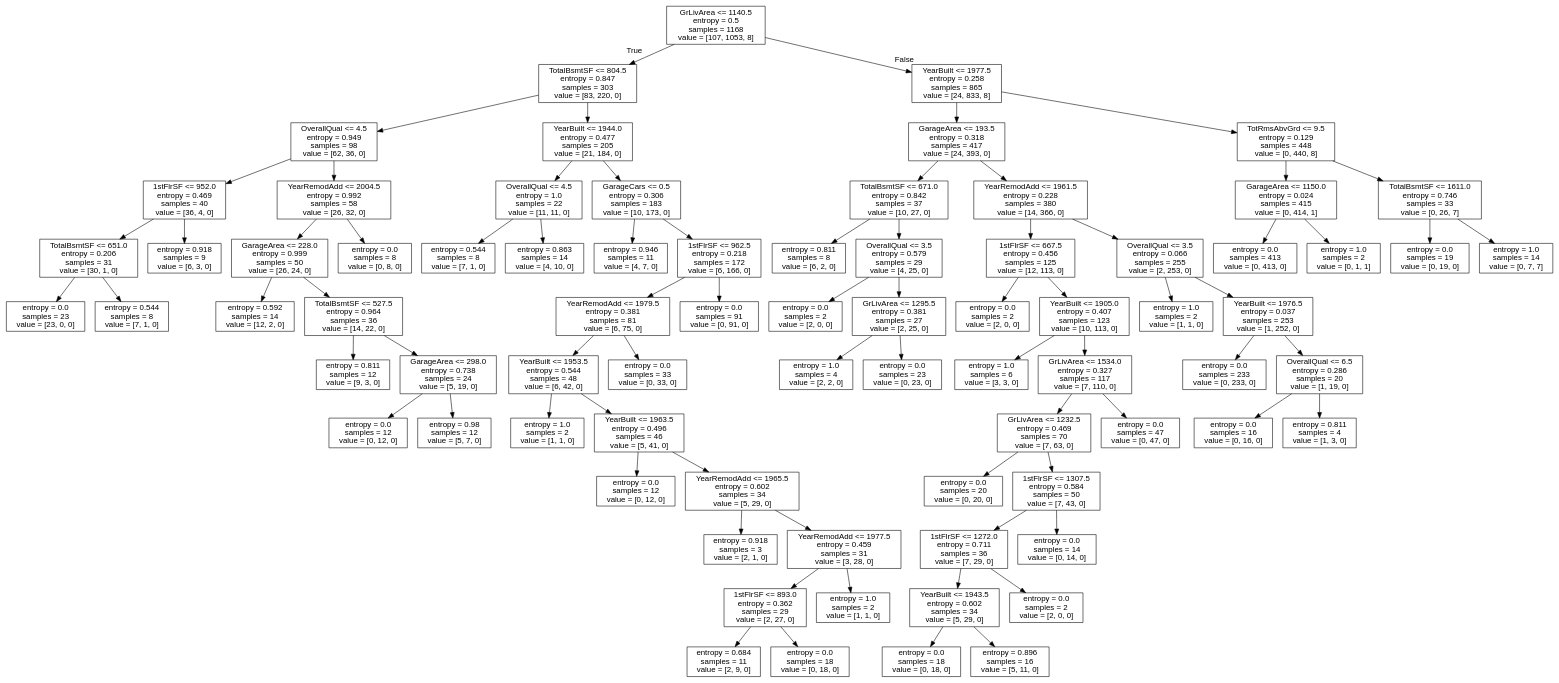
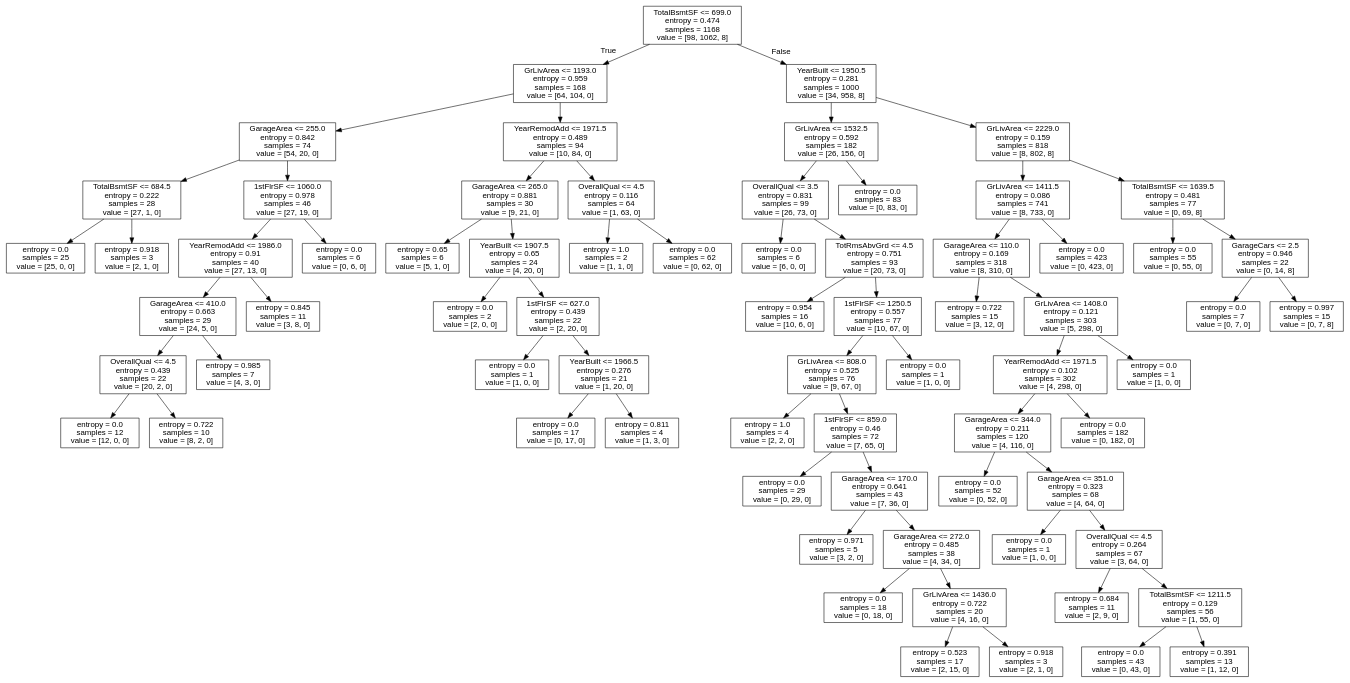
The diagram in out/tree_dc.dot (genomorro/unir), drawn with Graphviz before and after one commit. The commit also changed 2 other files, not shown here.

```diff
--- a/out/tree_dc.dot
+++ b/out/tree_dc.dot
@@ -1,157 +1,145 @@
 digraph Tree {
 node [shape=box, fontname="helvetica"] ;
 edge [fontname="helvetica"] ;
-0 [label="GrLivArea <= 1140.5\nentropy = 0.5\nsamples = 1168\nvalue = [107, 1053, 8]"] ;
-1 [label="TotalBsmtSF <= 804.5\nentropy = 0.847\nsamples = 303\nvalue = [83, 220, 0]"] ;
+0 [label="TotalBsmtSF <= 699.0\nentropy = 0.474\nsamples = 1168\nvalue = [98, 1062, 8]"] ;
+1 [label="GrLivArea <= 1193.0\nentropy = 0.959\nsamples = 168\nvalue = [64, 104, 0]"] ;
 0 -> 1 [labeldistance=2.5, labelangle=45, headlabel="True"] ;
-2 [label="OverallQual <= 4.5\nentropy = 0.949\nsamples = 98\nvalue = [62, 36, 0]"] ;
+2 [label="GarageArea <= 255.0\nentropy = 0.842\nsamples = 74\nvalue = [54, 20, 0]"] ;
 1 -> 2 ;
-3 [label="1stFlrSF <= 952.0\nentropy = 0.469\nsamples = 40\nvalue = [36, 4, 0]"] ;
+3 [label="TotalBsmtSF <= 684.5\nentropy = 0.222\nsamples = 28\nvalue = [27, 1, 0]"] ;
 2 -> 3 ;
-4 [label="TotalBsmtSF <= 651.0\nentropy = 0.206\nsamples = 31\nvalue = [30, 1, 0]"] ;
+4 [label="entropy = 0.0\nsamples = 25\nvalue = [25, 0, 0]"] ;
 3 -> 4 ;
-5 [label="entropy = 0.0\nsamples = 23\nvalue = [23, 0, 0]"] ;
-4 -> 5 ;
-6 [label="entropy = 0.544\nsamples = 8\nvalue = [7, 1, 0]"] ;
-4 -> 6 ;
-7 [label="entropy = 0.918\nsamples = 9\nvalue = [6, 3, 0]"] ;
-3 -> 7 ;
-8 [label="YearRemodAdd <= 2004.5\nentropy = 0.992\nsamples = 58\nvalue = [26, 32, 0]"] ;
-2 -> 8 ;
-9 [label="GarageArea <= 228.0\nentropy = 0.999\nsamples = 50\nvalue = [26, 24, 0]"] ;
+5 [label="entropy = 0.918\nsamples = 3\nvalue = [2, 1, 0]"] ;
+3 -> 5 ;
+6 [label="1stFlrSF <= 1060.0\nentropy = 0.978\nsamples = 46\nvalue = [27, 19, 0]"] ;
+2 -> 6 ;
+7 [label="YearRemodAdd <= 1986.0\nentropy = 0.91\nsamples = 40\nvalue = [27, 13, 0]"] ;
+6 -> 7 ;
+8 [label="GarageArea <= 410.0\nentropy = 0.663\nsamples = 29\nvalue = [24, 5, 0]"] ;
+7 -> 8 ;
+9 [label="OverallQual <= 4.5\nentropy = 0.439\nsamples = 22\nvalue = [20, 2, 0]"] ;
 8 -> 9 ;
-10 [label="entropy = 0.592\nsamples = 14\nvalue = [12, 2, 0]"] ;
+10 [label="entropy = 0.0\nsamples = 12\nvalue = [12, 0, 0]"] ;
 9 -> 10 ;
-11 [label="TotalBsmtSF <= 527.5\nentropy = 0.964\nsamples = 36\nvalue = [14, 22, 0]"] ;
+11 [label="entropy = 0.722\nsamples = 10\nvalue = [8, 2, 0]"] ;
 9 -> 11 ;
-12 [label="entropy = 0.811\nsamples = 12\nvalue = [9, 3, 0]"] ;
-11 -> 12 ;
-13 [label="GarageArea <= 298.0\nentropy = 0.738\nsamples = 24\nvalue = [5, 19, 0]"] ;
-11 -> 13 ;
-14 [label="entropy = 0.0\nsamples = 12\nvalue = [0, 12, 0]"] ;
-13 -> 14 ;
-15 [label="entropy = 0.98\nsamples = 12\nvalue = [5, 7, 0]"] ;
-13 -> 15 ;
-16 [label="entropy = 0.0\nsamples = 8\nvalue = [0, 8, 0]"] ;
-8 -> 16 ;
-17 [label="YearBuilt <= 1944.0\nentropy = 0.477\nsamples = 205\nvalue = [21, 184, 0]"] ;
-1 -> 17 ;
-18 [label="OverallQual <= 4.5\nentropy = 1.0\nsamples = 22\nvalue = [11, 11, 0]"] ;
-17 -> 18 ;
-19 [label="entropy = 0.544\nsamples = 8\nvalue = [7, 1, 0]"] ;
+12 [label="entropy = 0.985\nsamples = 7\nvalue = [4, 3, 0]"] ;
+8 -> 12 ;
+13 [label="entropy = 0.845\nsamples = 11\nvalue = [3, 8, 0]"] ;
+7 -> 13 ;
+14 [label="entropy = 0.0\nsamples = 6\nvalue = [0, 6, 0]"] ;
+6 -> 14 ;
+15 [label="YearRemodAdd <= 1971.5\nentropy = 0.489\nsamples = 94\nvalue = [10, 84, 0]"] ;
+1 -> 15 ;
+16 [label="GarageArea <= 265.0\nentropy = 0.881\nsamples = 30\nvalue = [9, 21, 0]"] ;
+15 -> 16 ;
+17 [label="entropy = 0.65\nsamples = 6\nvalue = [5, 1, 0]"] ;
+16 -> 17 ;
+18 [label="YearBuilt <= 1907.5\nentropy = 0.65\nsamples = 24\nvalue = [4, 20, 0]"] ;
+16 -> 18 ;
+19 [label="entropy = 0.0\nsamples = 2\nvalue = [2, 0, 0]"] ;
 18 -> 19 ;
-20 [label="entropy = 0.863\nsamples = 14\nvalue = [4, 10, 0]"] ;
+20 [label="1stFlrSF <= 627.0\nentropy = 0.439\nsamples = 22\nvalue = [2, 20, 0]"] ;
 18 -> 20 ;
-21 [label="GarageCars <= 0.5\nentropy = 0.306\nsamples = 183\nvalue = [10, 173, 0]"] ;
-17 -> 21 ;
-22 [label="entropy = 0.946\nsamples = 11\nvalue = [4, 7, 0]"] ;
-21 -> 22 ;
-23 [label="1stFlrSF <= 962.5\nentropy = 0.218\nsamples = 172\nvalue = [6, 166, 0]"] ;
-21 -> 23 ;
-24 [label="YearRemodAdd <= 1979.5\nentropy = 0.381\nsamples = 81\nvalue = [6, 75, 0]"] ;
-23 -> 24 ;
-25 [label="YearBuilt <= 1953.5\nentropy = 0.544\nsamples = 48\nvalue = [6, 42, 0]"] ;
-24 -> 25 ;
+21 [label="entropy = 0.0\nsamples = 1\nvalue = [1, 0, 0]"] ;
+20 -> 21 ;
+22 [label="YearBuilt <= 1966.5\nentropy = 0.276\nsamples = 21\nvalue = [1, 20, 0]"] ;
+20 -> 22 ;
+23 [label="entropy = 0.0\nsamples = 17\nvalue = [0, 17, 0]"] ;
+22 -> 23 ;
+24 [label="entropy = 0.811\nsamples = 4\nvalue = [1, 3, 0]"] ;
+22 -> 24 ;
+25 [label="OverallQual <= 4.5\nentropy = 0.116\nsamples = 64\nvalue = [1, 63, 0]"] ;
+15 -> 25 ;
 26 [label="entropy = 1.0\nsamples = 2\nvalue = [1, 1, 0]"] ;
 25 -> 26 ;
-27 [label="YearBuilt <= 1963.5\nentropy = 0.496\nsamples = 46\nvalue = [5, 41, 0]"] ;
+27 [label="entropy = 0.0\nsamples = 62\nvalue = [0, 62, 0]"] ;
 25 -> 27 ;
-28 [label="entropy = 0.0\nsamples = 12\nvalue = [0, 12, 0]"] ;
-27 -> 28 ;
-29 [label="YearRemodAdd <= 1965.5\nentropy = 0.602\nsamples = 34\nvalue = [5, 29, 0]"] ;
-27 -> 29 ;
-30 [label="entropy = 0.918\nsamples = 3\nvalue = [2, 1, 0]"] ;
+28 [label="YearBuilt <= 1950.5\nentropy = 0.281\nsamples = 1000\nvalue = [34, 958, 8]"] ;
+0 -> 28 [labeldistance=2.5, labelangle=-45, headlabel="False"] ;
+29 [label="GrLivArea <= 1532.5\nentropy = 0.592\nsamples = 182\nvalue = [26, 156, 0]"] ;
+28 -> 29 ;
+30 [label="OverallQual <= 3.5\nentropy = 0.831\nsamples = 99\nvalue = [26, 73, 0]"] ;
 29 -> 30 ;
-31 [label="YearRemodAdd <= 1977.5\nentropy = 0.459\nsamples = 31\nvalue = [3, 28, 0]"] ;
-29 -> 31 ;
-32 [label="1stFlrSF <= 893.0\nentropy = 0.362\nsamples = 29\nvalue = [2, 27, 0]"] ;
-31 -> 32 ;
-33 [label="entropy = 0.684\nsamples = 11\nvalue = [2, 9, 0]"] ;
+31 [label="entropy = 0.0\nsamples = 6\nvalue = [6, 0, 0]"] ;
+30 -> 31 ;
+32 [label="TotRmsAbvGrd <= 4.5\nentropy = 0.751\nsamples = 93\nvalue = [20, 73, 0]"] ;
+30 -> 32 ;
+33 [label="entropy = 0.954\nsamples = 16\nvalue = [10, 6, 0]"] ;
 32 -> 33 ;
-34 [label="entropy = 0.0\nsamples = 18\nvalue = [0, 18, 0]"] ;
+34 [label="1stFlrSF <= 1250.5\nentropy = 0.557\nsamples = 77\nvalue = [10, 67, 0]"] ;
 32 -> 34 ;
-35 [label="entropy = 1.0\nsamples = 2\nvalue = [1, 1, 0]"] ;
-31 -> 35 ;
-36 [label="entropy = 0.0\nsamples = 33\nvalue = [0, 33, 0]"] ;
-24 -> 36 ;
-37 [label="entropy = 0.0\nsamples = 91\nvalue = [0, 91, 0]"] ;
-23 -> 37 ;
-38 [label="YearBuilt <= 1977.5\nentropy = 0.258\nsamples = 865\nvalue = [24, 833, 8]"] ;
-0 -> 38 [labeldistance=2.5, labelangle=-45, headlabel="False"] ;
-39 [label="GarageArea <= 193.5\nentropy = 0.318\nsamples = 417\nvalue = [24, 393, 0]"] ;
-38 -> 39 ;
-40 [label="TotalBsmtSF <= 671.0\nentropy = 0.842\nsamples = 37\nvalue = [10, 27, 0]"] ;
+35 [label="GrLivArea <= 808.0\nentropy = 0.525\nsamples = 76\nvalue = [9, 67, 0]"] ;
+34 -> 35 ;
+36 [label="entropy = 1.0\nsamples = 4\nvalue = [2, 2, 0]"] ;
+35 -> 36 ;
+37 [label="1stFlrSF <= 859.0\nentropy = 0.46\nsamples = 72\nvalue = [7, 65, 0]"] ;
+35 -> 37 ;
+38 [label="entropy = 0.0\nsamples = 29\nvalue = [0, 29, 0]"] ;
+37 -> 38 ;
+39 [label="GarageArea <= 170.0\nentropy = 0.641\nsamples = 43\nvalue = [7, 36, 0]"] ;
+37 -> 39 ;
+40 [label="entropy = 0.971\nsamples = 5\nvalue = [3, 2, 0]"] ;
 39 -> 40 ;
-41 [label="entropy = 0.811\nsamples = 8\nvalue = [6, 2, 0]"] ;
-40 -> 41 ;
-42 [label="OverallQual <= 3.5\nentropy = 0.579\nsamples = 29\nvalue = [4, 25, 0]"] ;
-40 -> 42 ;
-43 [label="entropy = 0.0\nsamples = 2\nvalue = [2, 0, 0]"] ;
-42 -> 43 ;
-44 [label="GrLivArea <= 1295.5\nentropy = 0.381\nsamples = 27\nvalue = [2, 25, 0]"] ;
-42 -> 44 ;
-45 [label="entropy = 1.0\nsamples = 4\nvalue = [2, 2, 0]"] ;
-44 -> 45 ;
-46 [label="entropy = 0.0\nsamples = 23\nvalue = [0, 23, 0]"] ;
-44 -> 46 ;
-47 [label="YearRemodAdd <= 1961.5\nentropy = 0.228\nsamples = 380\nvalue = [14, 366, 0]"] ;
-39 -> 47 ;
-48 [label="1stFlrSF <= 667.5\nentropy = 0.456\nsamples = 125\nvalue = [12, 113, 0]"] ;
-47 -> 48 ;
-49 [label="entropy = 0.0\nsamples = 2\nvalue = [2, 0, 0]"] ;
+41 [label="GarageArea <= 272.0\nentropy = 0.485\nsamples = 38\nvalue = [4, 34, 0]"] ;
+39 -> 41 ;
+42 [label="entropy = 0.0\nsamples = 18\nvalue = [0, 18, 0]"] ;
+41 -> 42 ;
+43 [label="GrLivArea <= 1436.0\nentropy = 0.722\nsamples = 20\nvalue = [4, 16, 0]"] ;
+41 -> 43 ;
+44 [label="entropy = 0.523\nsamples = 17\nvalue = [2, 15, 0]"] ;
+43 -> 44 ;
+45 [label="entropy = 0.918\nsamples = 3\nvalue = [2, 1, 0]"] ;
+43 -> 45 ;
+46 [label="entropy = 0.0\nsamples = 1\nvalue = [1, 0, 0]"] ;
+34 -> 46 ;
+47 [label="entropy = 0.0\nsamples = 83\nvalue = [0, 83, 0]"] ;
+29 -> 47 ;
+48 [label="GrLivArea <= 2229.0\nentropy = 0.159\nsamples = 818\nvalue = [8, 802, 8]"] ;
+28 -> 48 ;
+49 [label="GrLivArea <= 1411.5\nentropy = 0.086\nsamples = 741\nvalue = [8, 733, 0]"] ;
 48 -> 49 ;
-50 [label="YearBuilt <= 1905.0\nentropy = 0.407\nsamples = 123\nvalue = [10, 113, 0]"] ;
-48 -> 50 ;
-51 [label="entropy = 1.0\nsamples = 6\nvalue = [3, 3, 0]"] ;
+50 [label="GarageArea <= 110.0\nentropy = 0.169\nsamples = 318\nvalue = [8, 310, 0]"] ;
+49 -> 50 ;
+51 [label="entropy = 0.722\nsamples = 15\nvalue = [3, 12, 0]"] ;
 50 -> 51 ;
-52 [label="GrLivArea <= 1534.0\nentropy = 0.327\nsamples = 117\nvalue = [7, 110, 0]"] ;
+52 [label="GrLivArea <= 1408.0\nentropy = 0.121\nsamples = 303\nvalue = [5, 298, 0]"] ;
 50 -> 52 ;
-53 [label="GrLivArea <= 1232.5\nentropy = 0.469\nsamples = 70\nvalue = [7, 63, 0]"] ;
+53 [label="YearRemodAdd <= 1971.5\nentropy = 0.102\nsamples = 302\nvalue = [4, 298, 0]"] ;
 52 -> 53 ;
-54 [label="entropy = 0.0\nsamples = 20\nvalue = [0, 20, 0]"] ;
+54 [label="GarageArea <= 344.0\nentropy = 0.211\nsamples = 120\nvalue = [4, 116, 0]"] ;
 53 -> 54 ;
-55 [label="1stFlrSF <= 1307.5\nentropy = 0.584\nsamples = 50\nvalue = [7, 43, 0]"] ;
-53 -> 55 ;
-56 [label="1stFlrSF <= 1272.0\nentropy = 0.711\nsamples = 36\nvalue = [7, 29, 0]"] ;
-55 -> 56 ;
-57 [label="YearBuilt <= 1943.5\nentropy = 0.602\nsamples = 34\nvalue = [5, 29, 0]"] ;
+55 [label="entropy = 0.0\nsamples = 52\nvalue = [0, 52, 0]"] ;
+54 -> 55 ;
+56 [label="GarageArea <= 351.0\nentropy = 0.323\nsamples = 68\nvalue = [4, 64, 0]"] ;
+54 -> 56 ;
+57 [label="entropy = 0.0\nsamples = 1\nvalue = [1, 0, 0]"] ;
 56 -> 57 ;
-58 [label="entropy = 0.0\nsamples = 18\nvalue = [0, 18, 0]"] ;
-57 -> 58 ;
-59 [label="entropy = 0.896\nsamples = 16\nvalue = [5, 11, 0]"] ;
-57 -> 59 ;
-60 [label="entropy = 0.0\nsamples = 2\nvalue = [2, 0, 0]"] ;
-56 -> 60 ;
-61 [label="entropy = 0.0\nsamples = 14\nvalue = [0, 14, 0]"] ;
-55 -> 61 ;
-62 [label="entropy = 0.0\nsamples = 47\nvalue = [0, 47, 0]"] ;
-52 -> 62 ;
-63 [label="OverallQual <= 3.5\nentropy = 0.066\nsamples = 255\nvalue = [2, 253, 0]"] ;
-47 -> 63 ;
-64 [label="entropy = 1.0\nsamples = 2\nvalue = [1, 1, 0]"] ;
-63 -> 64 ;
-65 [label="YearBuilt <= 1976.5\nentropy = 0.037\nsamples = 253\nvalue = [1, 252, 0]"] ;
-63 -> 65 ;
-66 [label="entropy = 0.0\nsamples = 233\nvalue = [0, 233, 0]"] ;
-65 -> 66 ;
-67 [label="OverallQual <= 6.5\nentropy = 0.286\nsamples = 20\nvalue = [1, 19, 0]"] ;
-65 -> 67 ;
-68 [label="entropy = 0.0\nsamples = 16\nvalue = [0, 16, 0]"] ;
-67 -> 68 ;
-69 [label="entropy = 0.811\nsamples = 4\nvalue = [1, 3, 0]"] ;
-67 -> 69 ;
-70 [label="TotRmsAbvGrd <= 9.5\nentropy = 0.129\nsamples = 448\nvalue = [0, 440, 8]"] ;
-38 -> 70 ;
-71 [label="GarageArea <= 1150.0\nentropy = 0.024\nsamples = 415\nvalue = [0, 414, 1]"] ;
-70 -> 71 ;
-72 [label="entropy = 0.0\nsamples = 413\nvalue = [0, 413, 0]"] ;
-71 -> 72 ;
-73 [label="entropy = 1.0\nsamples = 2\nvalue = [0, 1, 1]"] ;
-71 -> 73 ;
-74 [label="TotalBsmtSF <= 1611.0\nentropy = 0.746\nsamples = 33\nvalue = [0, 26, 7]"] ;
-70 -> 74 ;
-75 [label="entropy = 0.0\nsamples = 19\nvalue = [0, 19, 0]"] ;
-74 -> 75 ;
-76 [label="entropy = 1.0\nsamples = 14\nvalue = [0, 7, 7]"] ;
-74 -> 76 ;
+58 [label="OverallQual <= 4.5\nentropy = 0.264\nsamples = 67\nvalue = [3, 64, 0]"] ;
+56 -> 58 ;
+59 [label="entropy = 0.684\nsamples = 11\nvalue = [2, 9, 0]"] ;
+58 -> 59 ;
+60 [label="TotalBsmtSF <= 1211.5\nentropy = 0.129\nsamples = 56\nvalue = [1, 55, 0]"] ;
+58 -> 60 ;
+61 [label="entropy = 0.0\nsamples = 43\nvalue = [0, 43, 0]"] ;
+60 -> 61 ;
+62 [label="entropy = 0.391\nsamples = 13\nvalue = [1, 12, 0]"] ;
+60 -> 62 ;
+63 [label="entropy = 0.0\nsamples = 182\nvalue = [0, 182, 0]"] ;
+53 -> 63 ;
+64 [label="entropy = 0.0\nsamples = 1\nvalue = [1, 0, 0]"] ;
+52 -> 64 ;
+65 [label="entropy = 0.0\nsamples = 423\nvalue = [0, 423, 0]"] ;
+49 -> 65 ;
+66 [label="TotalBsmtSF <= 1639.5\nentropy = 0.481\nsamples = 77\nvalue = [0, 69, 8]"] ;
+48 -> 66 ;
+67 [label="entropy = 0.0\nsamples = 55\nvalue = [0, 55, 0]"] ;
+66 -> 67 ;
+68 [label="GarageCars <= 2.5\nentropy = 0.946\nsamples = 22\nvalue = [0, 14, 8]"] ;
+66 -> 68 ;
+69 [label="entropy = 0.0\nsamples = 7\nvalue = [0, 7, 0]"] ;
+68 -> 69 ;
+70 [label="entropy = 0.997\nsamples = 15\nvalue = [0, 7, 8]"] ;
+68 -> 70 ;
 }
```
